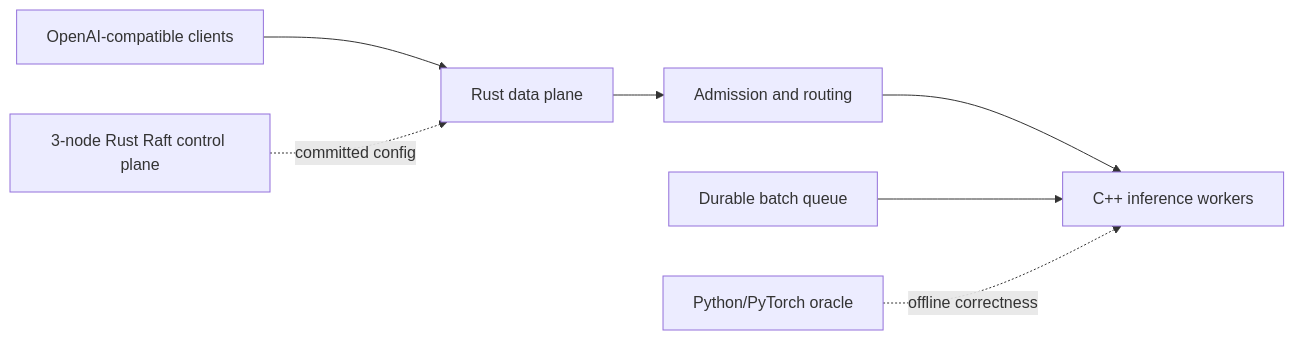
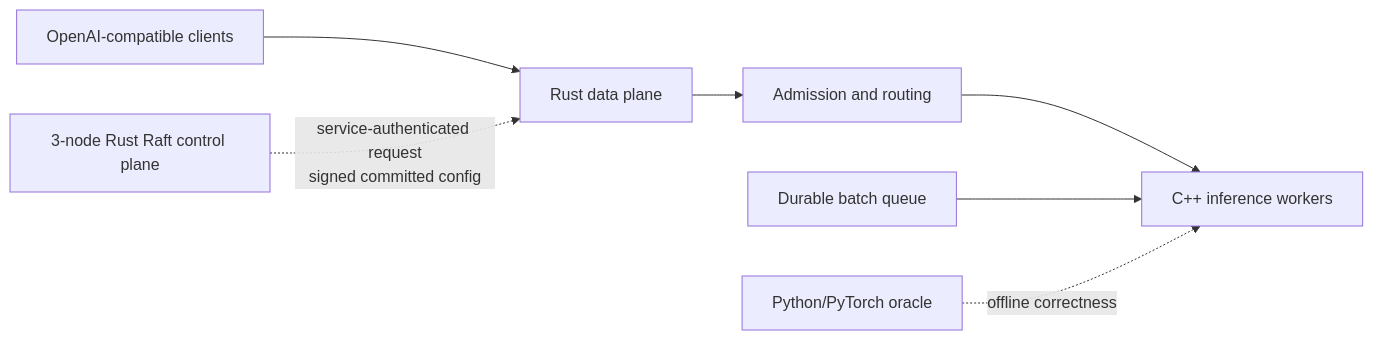
One commit to conan505/inferLab changed the diagram in docs/PRD.md. Above: the diagram before and after it, drawn with Mermaid. The commit also changed other lines of this file and 45 other files, not shown here.

````diff
--- a/docs/PRD.md
+++ b/docs/PRD.md
@@ -299,9 +323,9 @@
 ```mermaid
 flowchart LR
     Client["OpenAI-compatible clients"] --> Gateway["Rust data plane"]
     Gateway --> Admission["Admission and routing"]
     Admission --> Workers["C++ inference workers"]
     Batch["Durable batch queue"] --> Workers
-    Control["3-node Rust Raft control plane"] -. "committed config" .-> Gateway
+    Control["3-node Rust Raft control plane"] -. "service-authenticated request<br/>signed committed config" .-> Gateway
     Ref["Python/PyTorch oracle"] -. "offline correctness" .-> Workers
 ```
````
